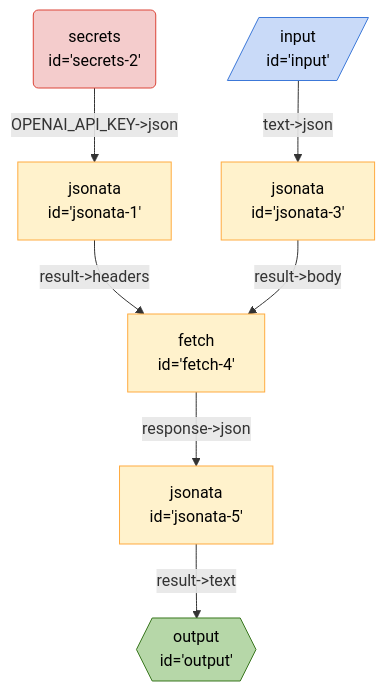
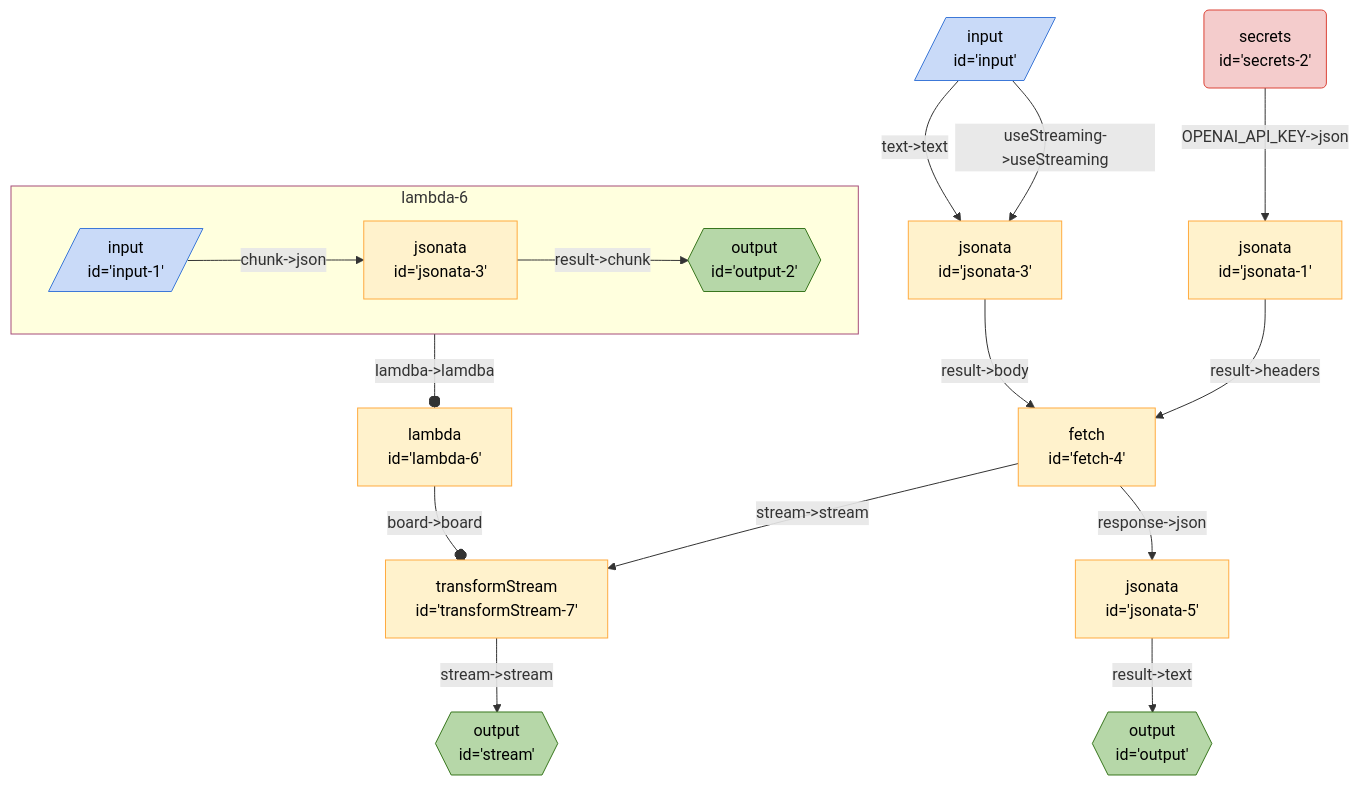
Before and after one commit to breadboard-ai/breadboard: the diagram in seeds/breadboard-web/docs/graphs/openai-gpt-35-turbo.md, drawn with Mermaid. The commit also changed 2 other files, not shown here.

Commit message:
[breadboard-web] Teach gpt board to stream.

````diff
--- a/seeds/breadboard-web/docs/graphs/openai-gpt-35-turbo.md
+++ b/seeds/breadboard-web/docs/graphs/openai-gpt-35-turbo.md
@@ -3,18 +3,28 @@
 ```mermaid
 %%{init: 'themeVariables': { 'fontFamily': 'Fira Code, monospace' }}%%
 graph TD;
 secrets2("secrets <br> id='secrets-2'"):::secrets -- "OPENAI_API_KEY->json" --> jsonata1["jsonata <br> id='jsonata-1'"]
 jsonata1["jsonata <br> id='jsonata-1'"] -- "result->headers" --> fetch4["fetch <br> id='fetch-4'"]
+lambda6["lambda <br> id='lambda-6'"] -- "board->board" --o transformStream7["transformStream <br> id='transformStream-7'"]
+subgraph sg_lambda6 [lambda-6]
+lambda6_jsonata3["jsonata <br> id='jsonata-3'"] -- "result->chunk" --> lambda6_output2{{"output <br> id='output-2'"}}:::output
+lambda6_input1[/"input <br> id='input-1'"/]:::input -- "chunk->json" --> lambda6_jsonata3["jsonata <br> id='jsonata-3'"]
+end
+sg_lambda6:::slotted -- "lamdba->lamdba" --o lambda6
+
+input[/"input <br> id='input'"/]:::input -- "useStreaming->useStreaming" --> jsonata3["jsonata <br> id='jsonata-3'"]
 jsonata5["jsonata <br> id='jsonata-5'"] -- "result->text" --> output{{"output <br> id='output'"}}:::output
 fetch4["fetch <br> id='fetch-4'"] -- "response->json" --> jsonata5["jsonata <br> id='jsonata-5'"]
+transformStream7["transformStream <br> id='transformStream-7'"] -- "stream->stream" --> stream{{"output <br> id='stream'"}}:::output
+fetch4["fetch <br> id='fetch-4'"] -- "stream->stream" --> transformStream7["transformStream <br> id='transformStream-7'"]
 jsonata3["jsonata <br> id='jsonata-3'"] -- "result->body" --> fetch4["fetch <br> id='fetch-4'"]
-input[/"input <br> id='input'"/]:::input -- "text->json" --> jsonata3["jsonata <br> id='jsonata-3'"]
+input[/"input <br> id='input'"/]:::input -- "text->text" --> jsonata3["jsonata <br> id='jsonata-3'"]
 classDef default stroke:#ffab40,fill:#fff2ccff,color:#000
 classDef input stroke:#3c78d8,fill:#c9daf8ff,color:#000
 classDef output stroke:#38761d,fill:#b6d7a8ff,color:#000
 classDef passthrough stroke:#a64d79,fill:#ead1dcff,color:#000
 classDef slot stroke:#a64d79,fill:#ead1dcff,color:#000
 classDef config stroke:#a64d79,fill:#ead1dcff,color:#000
 classDef secrets stroke:#db4437,fill:#f4cccc,color:#000
 classDef slotted stroke:#a64d79
 ```
````
